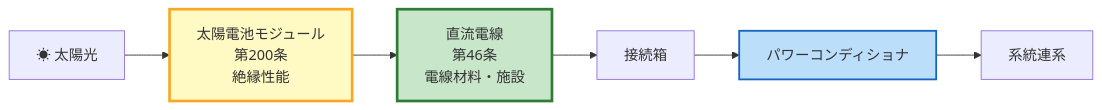
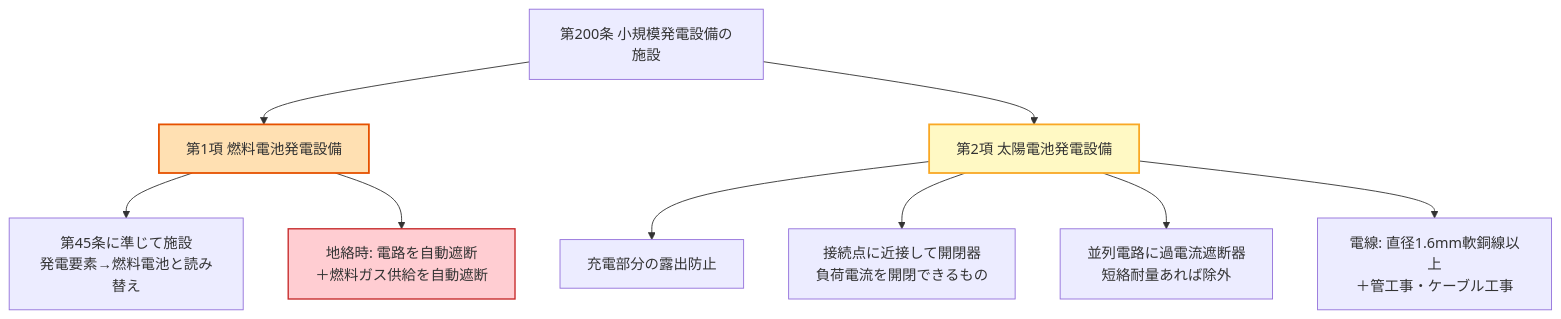
Before and after one commit to kfurufuru/denken-wiki: the diagram in docs/articles/kaishaku/200.md, drawn with Mermaid. The commit also changed other lines of this file and 2 other files, not shown here.

First line of the commit message:
fix(kaishaku): 200.md を実主題「小規模発電設備の施設」へ全面改修（METI告示一次確定） (#97)

````diff
--- a/docs/articles/kaishaku/200.md
+++ b/docs/articles/kaishaku/200.md
@@ -133,12 +154,15 @@
 ```mermaid
-flowchart LR
-    Sun[☀ 太陽光] --> Module[太陽電池モジュール<br/>第200条<br/>絶縁性能]
-    Module --> Cable[直流電線<br/>第46条<br/>電線材料・施設]
-    Cable --> JBox[接続箱]
-    JBox --> PCS[パワーコンディショナ]
-    PCS --> Grid[系統連系]
+flowchart TD
+    A[第200条 小規模発電設備の施設] --> P1[第1項 燃料電池発電設備]
+    A --> P2[第2項 太陽電池発電設備]
+    P1 --> P1a[第45条に準じて施設<br/>発電要素→燃料電池と読み替え]
+    P1 --> P1b[地絡時: 電路を自動遮断<br/>＋燃料ガス供給を自動遮断]
+    P2 --> P2a[充電部分の露出防止]
+    P2 --> P2b[接続点に近接して開閉器<br/>負荷電流を開閉できるもの]
+    P2 --> P2c[並列電路に過電流遮断器<br/>短絡耐量あれば除外]
+    P2 --> P2d[電線: 直径1.6mm軟銅線以上<br/>＋管工事・ケーブル工事]
 
-    style Module fill:#fff9c4,stroke:#f9a825,stroke-width:3px
-    style Cable fill:#c8e6c9,stroke:#2e7d32,stroke-width:3px
-    style PCS fill:#bbdefb,stroke:#1565c0,stroke-width:2px
+    style P1 fill:#ffe0b2,stroke:#e65100,stroke-width:2px
+    style P2 fill:#fff9c4,stroke:#f9a825,stroke-width:2px
+    style P1b fill:#ffcdd2,stroke:#c62828,stroke-width:1.5px
 ```
````
